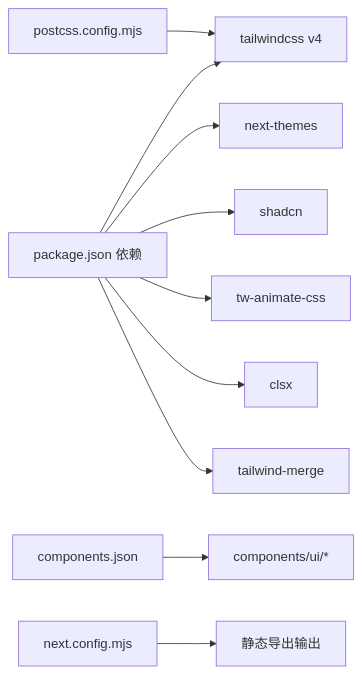
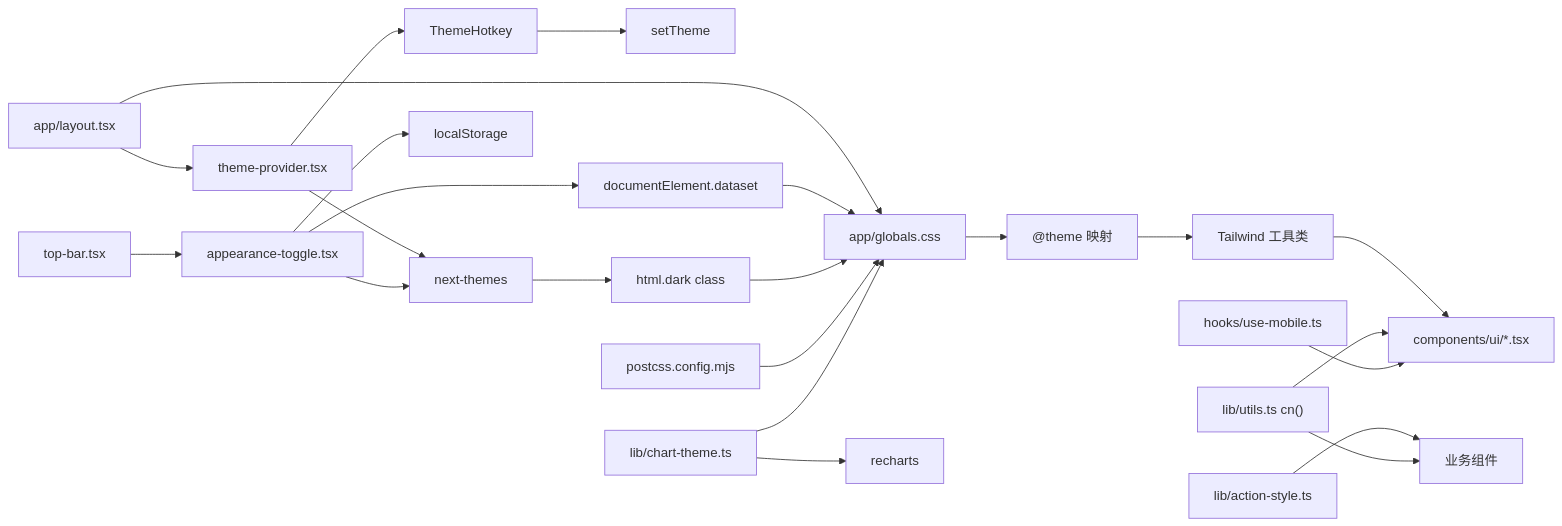
The fourth of 4 diagrams in docs/前端管理界面/主题系统与样式.md (x01n/My-OpenWaf), drawn with Mermaid before and after one commit. The commit also changed other lines of this file and 622 other files, not shown here.

````diff
--- a/docs/前端管理界面/主题系统与样式.md
+++ b/docs/前端管理界面/主题系统与样式.md
@@ -281,12 +473,25 @@
 ```mermaid
 graph LR
-P["package.json 依赖"] --> TW["tailwindcss v4"]
-P --> NT["next-themes"]
-P --> SH["shadcn"]
-P --> AN["tw-animate-css"]
-P --> CX["clsx"]
-P --> TM["tailwind-merge"]
-CFG["components.json"] --> UI["components/ui/*"]
-PCFG["postcss.config.mjs"] --> TW
-NCFG["next.config.mjs"] --> OUT["静态导出输出"]
+  ROOT["app/layout.tsx"] --> TP["theme-provider.tsx"]
+  ROOT --> GCSS["app/globals.css"]
+  TP --> NT["next-themes"]
+  TP --> HOT["ThemeHotkey"]
+  HOT --> ST["setTheme"]
+  TOPBAR["top-bar.tsx"] --> AT["appearance-toggle.tsx"]
+  AT --> NT
+  AT --> LS["localStorage"]
+  AT --> DATASET["documentElement.dataset"]
+  DATASET --> GCSS
+  NT --> HTML["html.dark class"]
+  HTML --> GCSS
+  GCSS --> TW["@theme 映射"]
+  PC["postcss.config.mjs"] --> GCSS
+  TW --> CLS["Tailwind 工具类"]
+  CLS --> UI["components/ui/*.tsx"]
+  CT["lib/chart-theme.ts"] --> GCSS
+  CT --> RECHARTS["recharts"]
+  AS["lib/action-style.ts"] --> BIZ["业务组件"]
+  CN["lib/utils.ts cn()"] --> UI
+  CN --> BIZ
+  UM["hooks/use-mobile.ts"] --> UI
 ```
````
